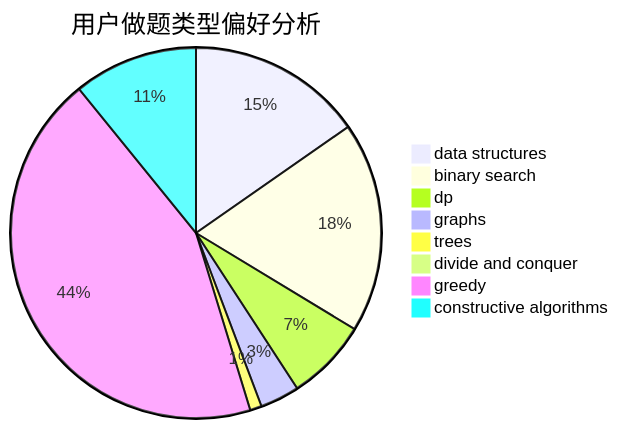
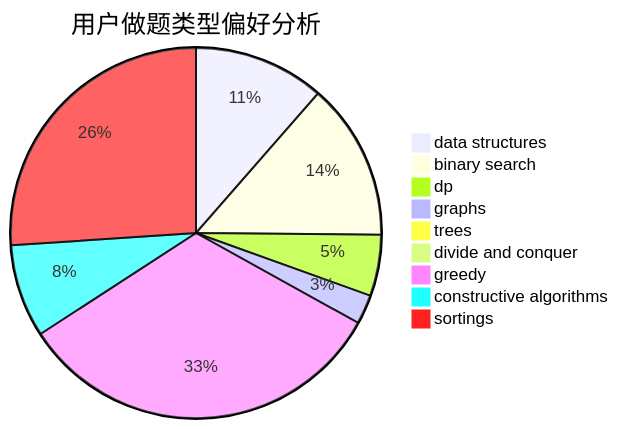
One commit to sherpahu/cfrs.github.io changed the second of 3 diagrams in docs/user/u213.md. Above: the diagram before and after it, drawn with Mermaid. The commit also changed other lines of this file and 2769 other files, not shown here.

````diff
--- a/docs/user/u213.md
+++ b/docs/user/u213.md
@@ -23,11 +18,12 @@
 ```mermaid
 pie title 用户做题类型偏好分析
     "data structures" :  165
     "binary search" :  198
     "dp" :  77
     "graphs" :  37
     "trees" :  11
     "divide and conquer" :  0
     "greedy" :  473
     "constructive algorithms" :  117
+    "sortings" :  376
 ```
````
